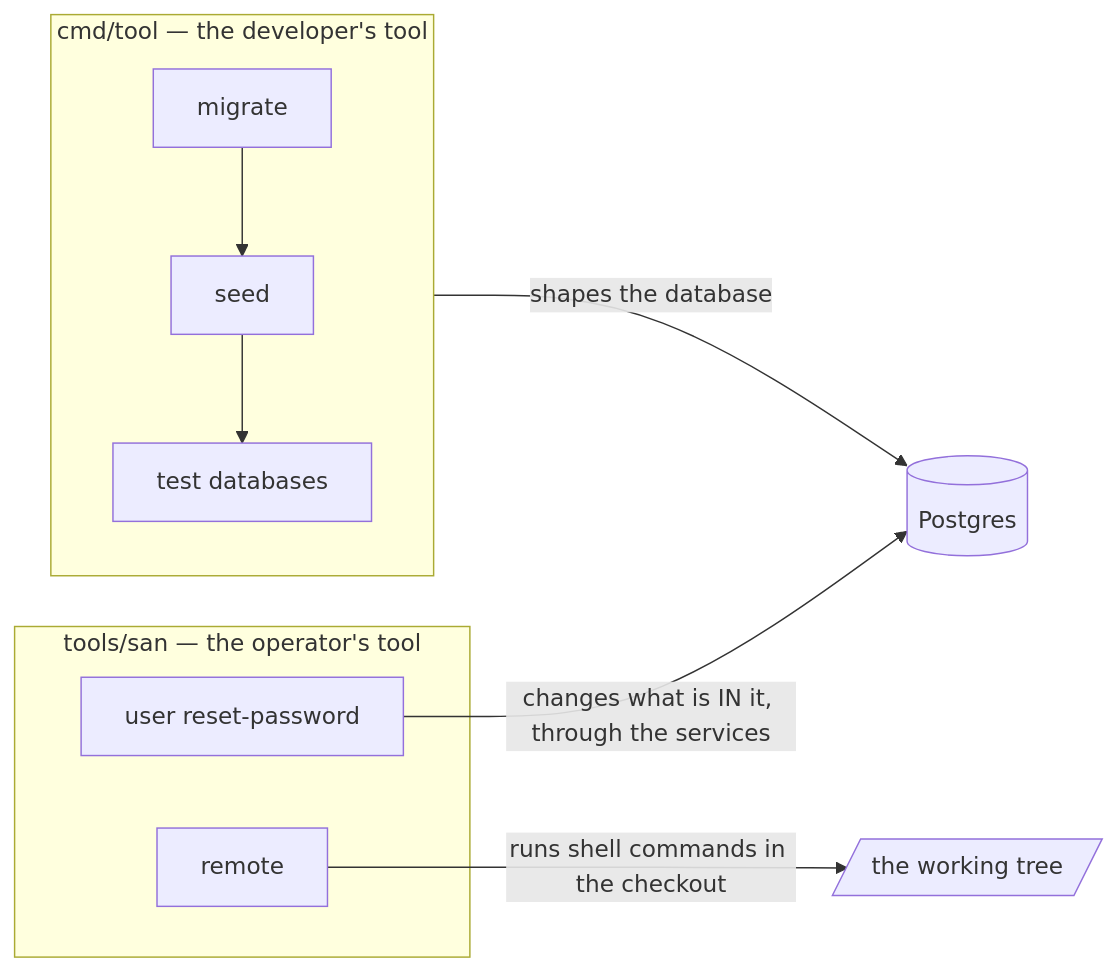
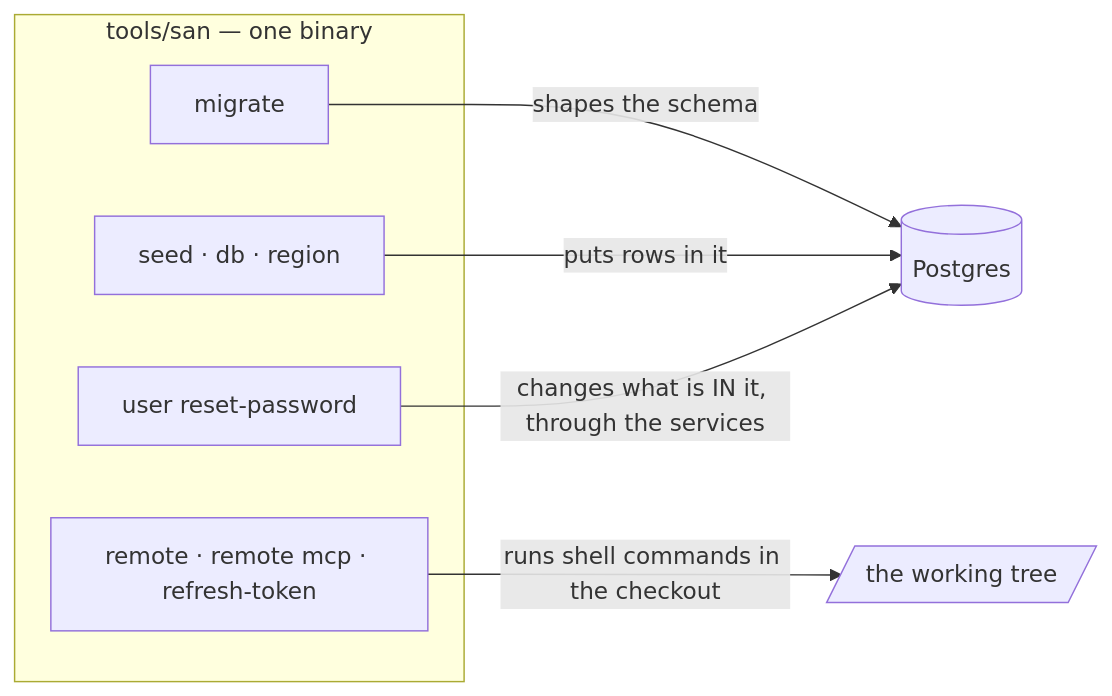
One commit to pdcgo/warehouse_revamp changed the first of 10 diagrams in docs/tools/san.md. Above: the diagram before and after it, drawn with Mermaid. The commit also changed other lines of this file and 170 other files, not shown here.

````diff
--- a/docs/tools/san.md
+++ b/docs/tools/san.md
@@ -24,13 +28,13 @@
 ```mermaid
 flowchart LR
-    subgraph tool["cmd/tool — the developer's tool"]
-        M[migrate] --> S[seed] --> T[test databases]
+    subgraph san["tools/san — one binary"]
+        M["migrate"]
+        S["seed · db · region"]
+        U["user reset-password"]
+        R["remote · remote mcp · refresh-token"]
     end
-    subgraph san["tools/san — the operator's tool"]
-        U[user reset-password]
-        R[remote]
-    end
-    tool -->|"shapes the database"| DB[(Postgres)]
+    M -->|"shapes the schema"| DB[(Postgres)]
+    S -->|"puts rows in it"| DB
     U -->|"changes what is IN it, through the services"| DB
     R -->|"runs shell commands in the checkout"| WS[/"the working tree"/]
 ```
````
